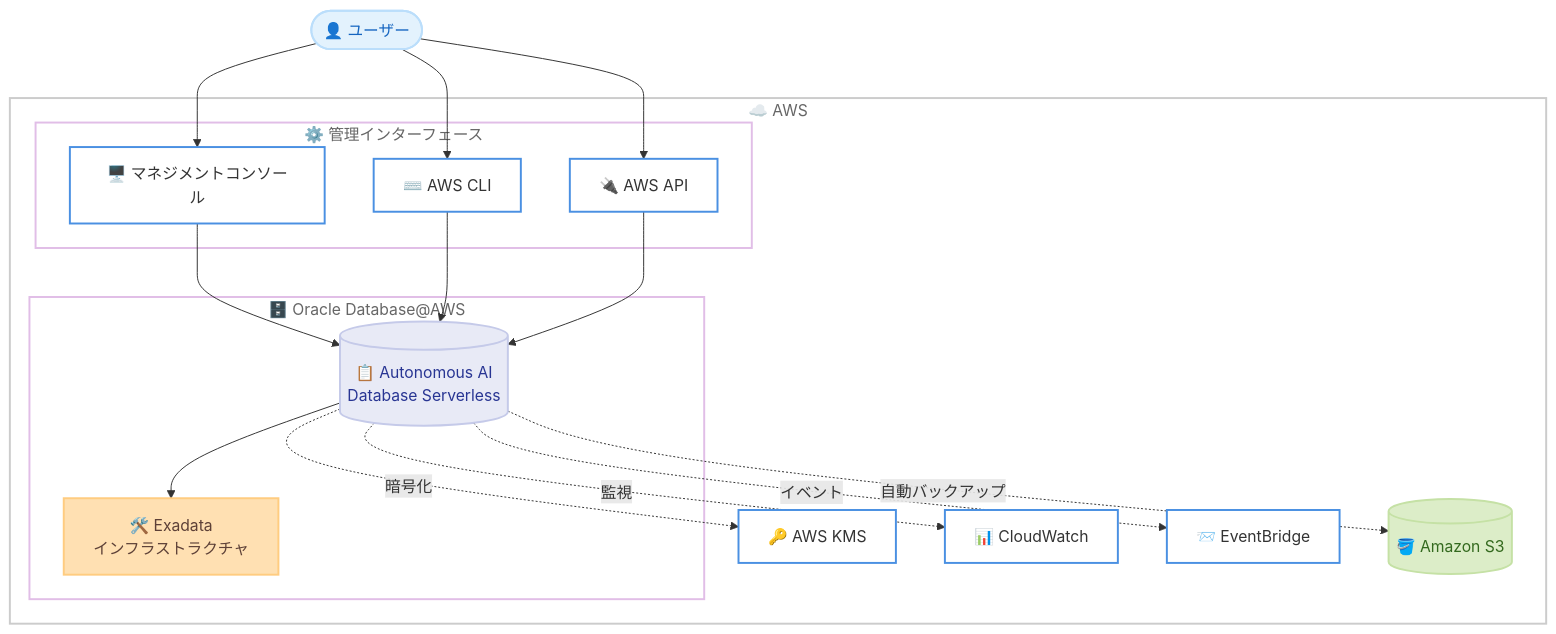
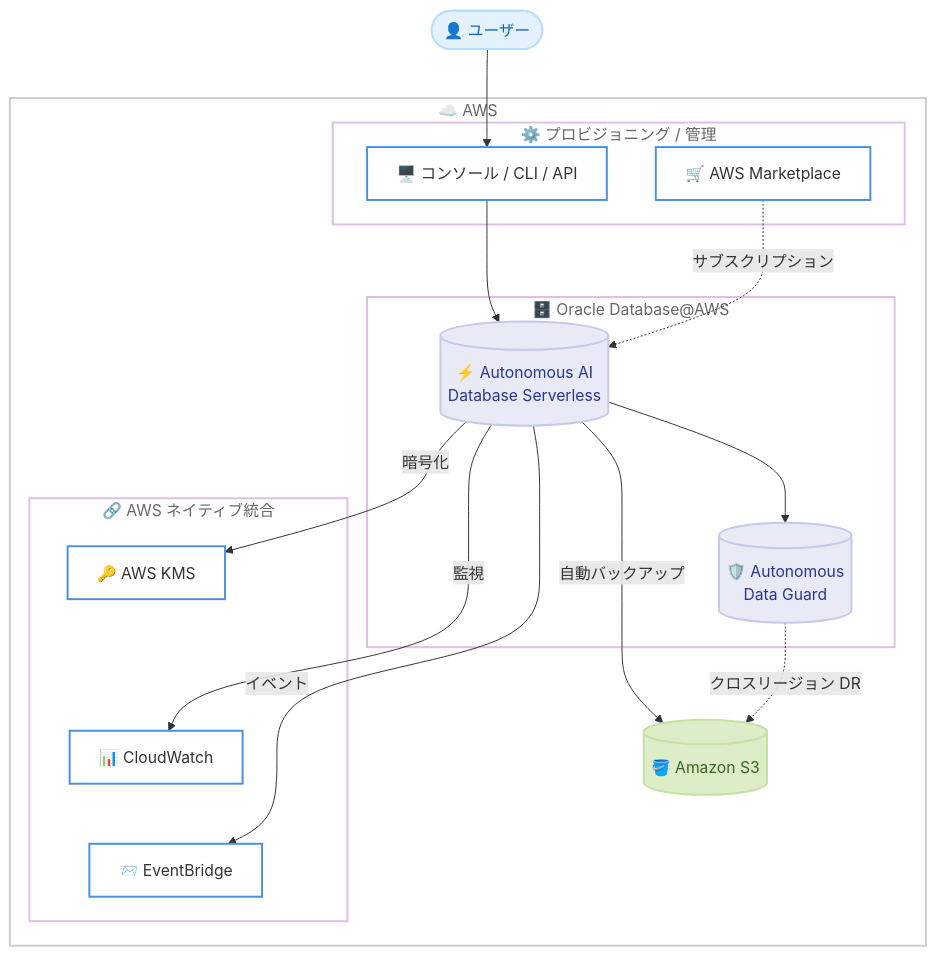
The diagram in reports/2026/2026-06-17-oracle-database-aws-autonomous-database-serverless.md (takech9203/aws-news-summary), drawn with Mermaid before and after one commit. The commit also changed other lines of this file and 27 other files, not shown here.

````diff
--- a/reports/2026/2026-06-17-oracle-database-aws-autonomous-database-serverless.md
+++ b/reports/2026/2026-06-17-oracle-database-aws-autonomous-database-serverless.md
@@ -32,47 +32,45 @@
 ```mermaid
 flowchart TD
     subgraph AWS["☁️ AWS"]
-        subgraph Mgmt["⚙️ 管理インターフェース"]
-            Console["🖥️ マネジメントコンソール"]
-            CLI["⌨️ AWS CLI"]
-            API["🔌 AWS API"]
+        subgraph Mgmt["⚙️ プロビジョニング / 管理"]
+            Console["🖥️ コンソール / CLI / API"]
+            MP["🛒 AWS Marketplace"]
         end
         subgraph ODB["🗄️ Oracle Database@AWS"]
-            ADBS[("📋 Autonomous AI<br/>Database Serverless")]
-            Exadata["🛠️ Exadata<br/>インフラストラクチャ"]
+            ADBS[("⚡ Autonomous AI<br/>Database Serverless")]
+            DG[("🛡️ Autonomous<br/>Data Guard")]
         end
-        KMS["🔑 AWS KMS"]
-        CW["📊 CloudWatch"]
-        EB["📨 EventBridge"]
+        subgraph Integ["🔗 AWS ネイティブ統合"]
+            KMS["🔑 AWS KMS"]
+            CW["📊 CloudWatch"]
+            EB["📨 EventBridge"]
+        end
         S3[("🪣 Amazon S3")]
+        KMS ~~~ CW ~~~ EB
     end
 
     User(["👤 ユーザー"]) --> Console
-    User --> CLI
-    User --> API
     Console --> ADBS
-    CLI --> ADBS
-    API --> ADBS
-    ADBS --> Exadata
-    ADBS -.暗号化.-> KMS
-    ADBS -.監視.-> CW
-    ADBS -.イベント.-> EB
-    ADBS -.自動バックアップ.-> S3
+    MP -.サブスクリプション.-> ADBS
+    ADBS --> DG
+    ADBS -->|暗号化| KMS
+    ADBS -->|監視| CW
+    ADBS -->|イベント| EB
+    ADBS -->|自動バックアップ| S3
+    DG -.クロスリージョン DR.-> S3
 
     classDef cloud fill:none,stroke:#CCCCCC,stroke-width:2px,color:#666666
     classDef layer fill:none,stroke:#E1BEE7,stroke-width:2px,color:#666666
     classDef compute fill:#FFE0B2,stroke:#FFCC80,stroke-width:2px,color:#5D4037
     classDef storage fill:#DCEDC8,stroke:#C5E1A5,stroke-width:2px,color:#33691E
     classDef database fill:#E8EAF6,stroke:#C5CAE9,stroke-width:2px,color:#283593
     classDef user fill:#E3F2FD,stroke:#BBDEFB,stroke-width:2px,color:#1565C0
     classDef process fill:#FFFFFF,stroke:#4A90E2,stroke-width:2px,color:#333333
 
     class AWS cloud
-    class Mgmt,ODB layer
-    class Console,CLI,API,CW,EB process
-    class Exadata compute
-    class KMS process
+    class Mgmt,ODB,Integ layer
+    class Console,MP,KMS,CW,EB process
+    class ADBS,DG database
     class S3 storage
-    class ADBS database
     class User user
 ```
````
